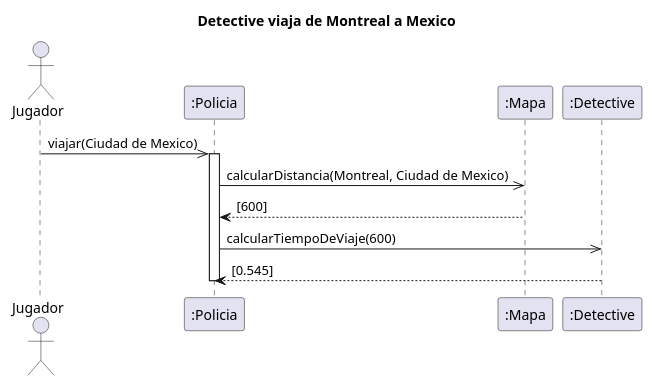
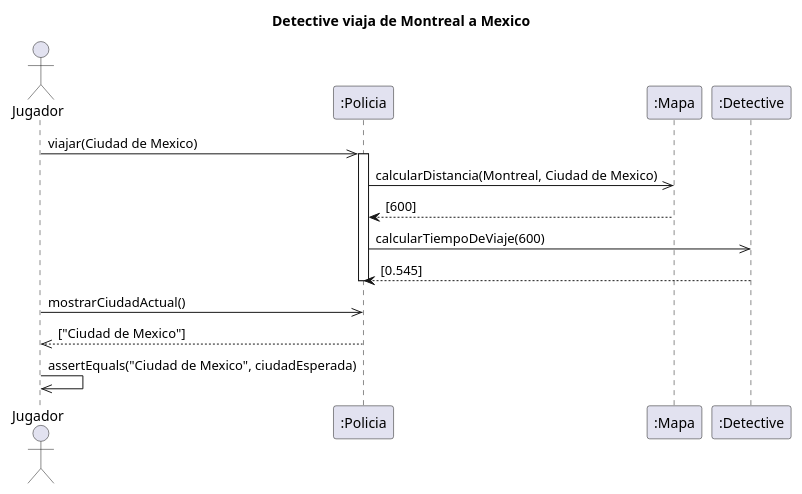
Before and after one commit to kmu01/Algo3_tp2: the diagram in diagrams/sequences/entrega1/DS_DetectiveViajaDeMontrealAMexico.puml, drawn with PlantUML. The commit also changed 13 other files, not shown here.

```diff
--- a/diagrams/sequences/entrega1/DS_DetectiveViajaDeMontrealAMexico.puml
+++ b/diagrams/sequences/entrega1/DS_DetectiveViajaDeMontrealAMexico.puml
@@ -1,16 +1,19 @@
 @startuml
 title Detective viaja de Montreal a Mexico
 actor "Jugador" as AlgoThief
 participant ":Policia" as Policia
 participant ":Mapa" as Mapa
 participant ":Detective" as Grado
 
 AlgoThief ->> Policia : viajar(Ciudad de Mexico)
 activate Policia
 Policia ->> Mapa : calcularDistancia(Montreal, Ciudad de Mexico)
 Mapa --> Policia : [600]
 Policia ->> Grado : calcularTiempoDeViaje(600)
 Grado --> Policia : [0.545]
 deactivate Policia
+AlgoThief ->> Policia : mostrarCiudadActual()
+return["Ciudad de Mexico"]
 
+AlgoThief ->> AlgoThief : assertEquals("Ciudad de Mexico", ciudadEsperada)
 @enduml
```
